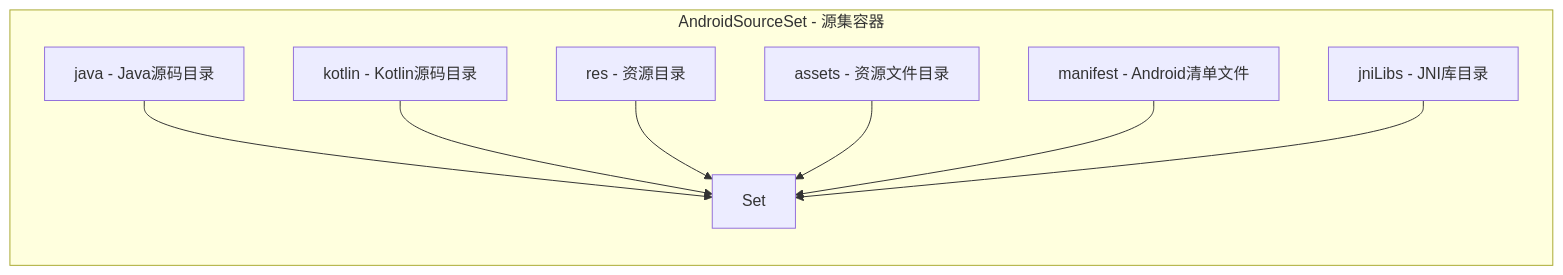
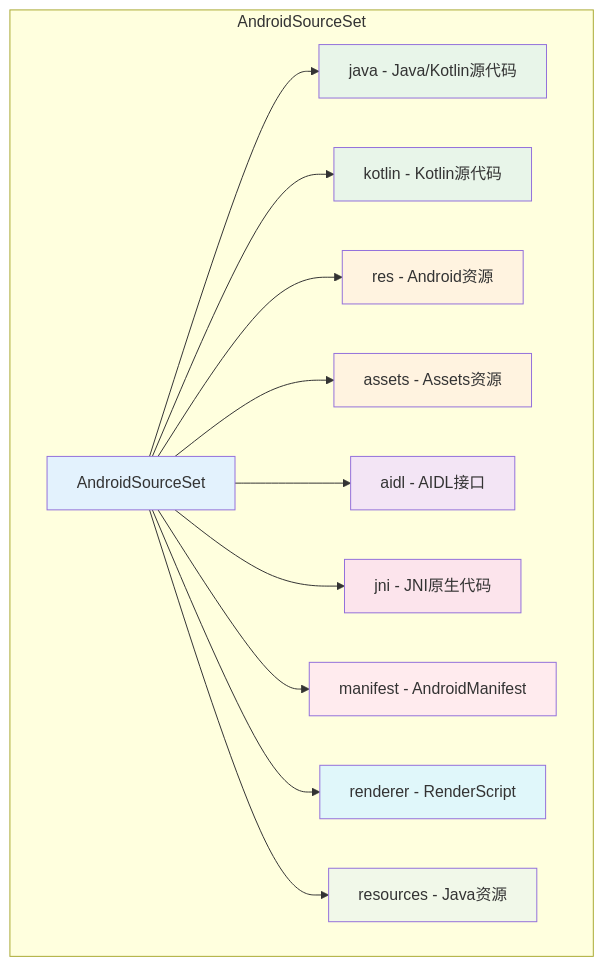
The first of 3 diagrams in AndroidDeveloperGuideStory/Contents/vol21/21.1.68 Android源集.md (Carrie-L/carrie-l.github.io), drawn with Mermaid before and after one commit. The commit also changed other lines of this file, not shown here.

Commit message:
feat(chapter-21.1.68): explain AndroidSourceSet concept with source collection organization

````diff
--- a/AndroidDeveloperGuideStory/Contents/vol21/21.1.68 Android源集.md
+++ b/AndroidDeveloperGuideStory/Contents/vol21/21.1.68 Android源集.md
@@ -49,20 +63,25 @@
 ```mermaid
 flowchart TB
-    subgraph AndroidSourceSet[AndroidSourceSet - 源集容器]
-        direction TB
-        A[java - Java源码目录]
-        B[kotlin - Kotlin源码目录]
-        C[res - 资源目录]
-        D[assets - 资源文件目录]
-        E[manifest - Android清单文件]
-        F[jniLibs - JNI库目录]
-        A --> Set
-        B --> Set
-        C --> Set
-        D --> Set
-        E --> Set
-        F --> Set
+    subgraph AndroidSourceSet
+        A[AndroidSourceSet] --> B[java - Java/Kotlin源代码]
+        A --> C[kotlin - Kotlin源代码]
+        A --> D[res - Android资源]
+        A --> E[assets - Assets资源]
+        A --> F[aidl - AIDL接口]
+        A --> G[jni - JNI原生代码]
+        A --> H[manifest - AndroidManifest]
+        A --> I[renderer - RenderScript]
+        A --> J[resources - Java资源]
     end
     
-    class Set sourceSet
+    style A fill:#e3f2fd
+    style B fill:#e8f5e9
+    style C fill:#e8f5e9
+    style D fill:#fff3e0
+    style E fill:#fff3e0
+    style F fill:#f3e5f5
+    style G fill:#fce4ec
+    style H fill:#ffebee
+    style I fill:#e0f7fa
+    style J fill:#f1f8e9
 ```
````
